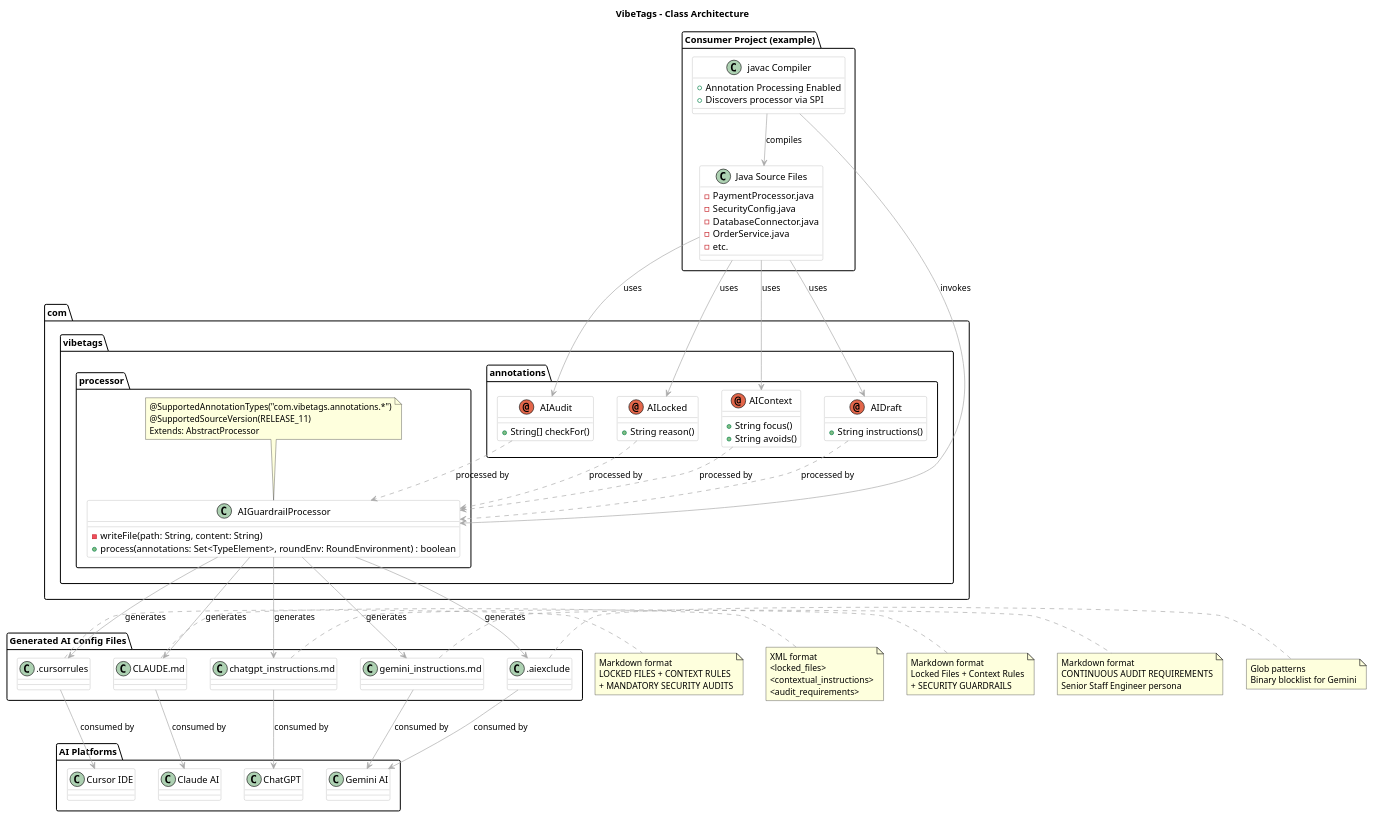
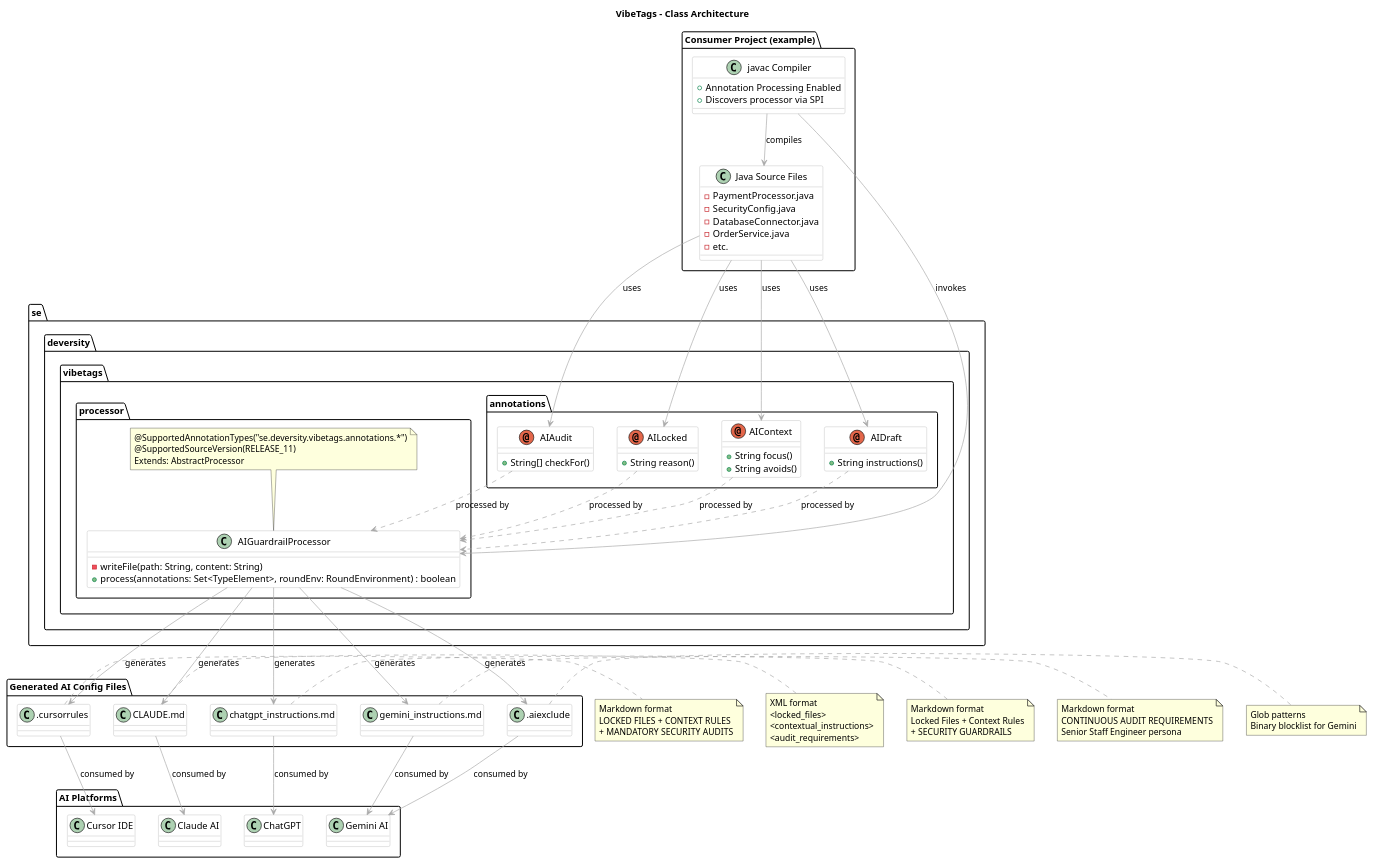
One commit to PIsberg/vibetags changed the diagram in docs/diagrams/class-diagram.puml. Above: the diagram before and after it, drawn with PlantUML. The commit also changed 47 other files, not shown here.

First line of the commit message:
feat: rebrand to se.deversity.vibetags, add GitHub Packages publishing

```diff
--- a/docs/diagrams/class-diagram.puml
+++ b/docs/diagrams/class-diagram.puml
@@ -1,142 +1,142 @@
 @startuml
 title VibeTags - Class Architecture
 
 allowmixing
 
 skinparam class {
     BackgroundColor White
     ArrowColor DarkGray
     BorderColor DarkGray
 }
 
 skinparam stereotypeCBackgroundColor #E8E8E8
 
 ' Package: Annotations
-package "com.vibetags.annotations" {
+package "se.deversity.vibetags.annotations" {
 
     annotation AILocked {
         + String reason()
     }
 
     annotation AIContext {
         + String focus()
         + String avoids()
     }
 
     annotation AIDraft {
         + String instructions()
     }
 
     annotation AIAudit {
         + String[] checkFor()
     }
 }
 
 ' Package: Processor
-package "com.vibetags.processor" {
+package "se.deversity.vibetags.processor" {
 
     class AIGuardrailProcessor {
         - writeFile(path: String, content: String)
         + process(annotations: Set<TypeElement>, roundEnv: RoundEnvironment) : boolean
     }
 
     note top of AIGuardrailProcessor
-        @SupportedAnnotationTypes("com.vibetags.annotations.*")
+        @SupportedAnnotationTypes("se.deversity.vibetags.annotations.*")
         @SupportedSourceVersion(RELEASE_11)
         Extends: AbstractProcessor
     end note
 }
 
 ' Package: Consumer
 package "Consumer Project (example)" {
 
     class "Java Source Files" as ConsumerSource {
         - PaymentProcessor.java
         - SecurityConfig.java
         - DatabaseConnector.java
         - OrderService.java
         - etc.
     }
 
     class "javac Compiler" as Javac {
         + Annotation Processing Enabled
         + Discovers processor via SPI
     }
 }
 
 ' Package: Generated Output
 package "Generated AI Config Files" {
 
     class ".cursorrules" as CursorRules
     class "CLAUDE.md" as ClaudeMd
     class ".aiexclude" as AiExclude
     class "chatgpt_instructions.md" as ChatGptMd
     class "gemini_instructions.md" as GeminiMd
 }
 
 ' Package: AI Platforms
 package "AI Platforms" {
 
     class "Cursor IDE" as Cursor
     class "Claude AI" as Claude
     class "Gemini AI" as Gemini
     class "ChatGPT" as ChatGPT
 }
 
 ' Relationships
 AILocked ..> AIGuardrailProcessor : processed by
 AIContext ..> AIGuardrailProcessor : processed by
 AIDraft ..> AIGuardrailProcessor : processed by
 AIAudit ..> AIGuardrailProcessor : processed by
 
 ConsumerSource --> AILocked : uses
 ConsumerSource --> AIContext : uses
 ConsumerSource --> AIDraft : uses
 ConsumerSource --> AIAudit : uses
 
 Javac --> ConsumerSource : compiles
 Javac --> AIGuardrailProcessor : invokes
 
 AIGuardrailProcessor --> CursorRules : generates
 AIGuardrailProcessor --> ClaudeMd : generates
 AIGuardrailProcessor --> AiExclude : generates
 AIGuardrailProcessor --> ChatGptMd : generates
 AIGuardrailProcessor --> GeminiMd : generates
 
 CursorRules --> Cursor : consumed by
 ClaudeMd --> Claude : consumed by
 AiExclude --> Gemini : consumed by
 ChatGptMd --> ChatGPT : consumed by
 GeminiMd --> Gemini : consumed by
 
 note right of CursorRules
     Markdown format
     LOCKED FILES + CONTEXT RULES
     + MANDATORY SECURITY AUDITS
 end note
 
 note right of ClaudeMd
     XML format
     <locked_files>
     <contextual_instructions>
     <audit_requirements>
 end note
 
 note right of AiExclude
     Glob patterns
     Binary blocklist for Gemini
 end note
 
 note right of ChatGptMd
     Markdown format
     Locked Files + Context Rules
     + SECURITY GUARDRAILS
 end note
 
 note right of GeminiMd
     Markdown format
     CONTINUOUS AUDIT REQUIREMENTS
     Senior Staff Engineer persona
 end note
 
 @enduml
```
